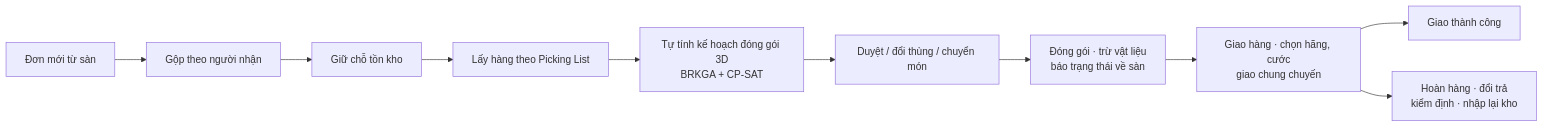
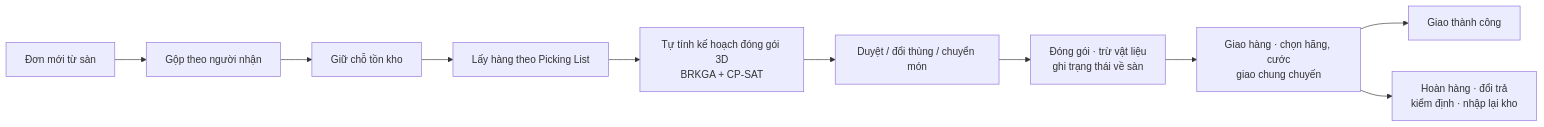
Before and after one commit to ThuaanNguyeen111/OptiPackAI: the second of 2 diagrams in README.md, drawn with Mermaid. The commit also changed other lines of this file and 3 other files, not shown here.

````diff
--- a/README.md
+++ b/README.md
@@ -123,12 +123,12 @@
 ```mermaid
 flowchart LR
     A[Đơn mới từ sàn] --> B[Gộp theo người nhận]
     B --> C[Giữ chỗ tồn kho]
     C --> D[Lấy hàng theo Picking List]
     D --> E[Tự tính kế hoạch đóng gói 3D<br/>BRKGA + CP-SAT]
     E --> F[Duyệt / đổi thùng / chuyển món]
-    F --> G[Đóng gói · trừ vật liệu<br/>báo trạng thái về sàn]
+    F --> G[Đóng gói · trừ vật liệu<br/>ghi trạng thái về sàn]
     G --> H[Giao hàng · chọn hãng, cước<br/>giao chung chuyến]
     H --> I[Giao thành công]
     H --> J[Hoàn hàng · đổi trả<br/>kiểm định · nhập lại kho]
 ```
````
